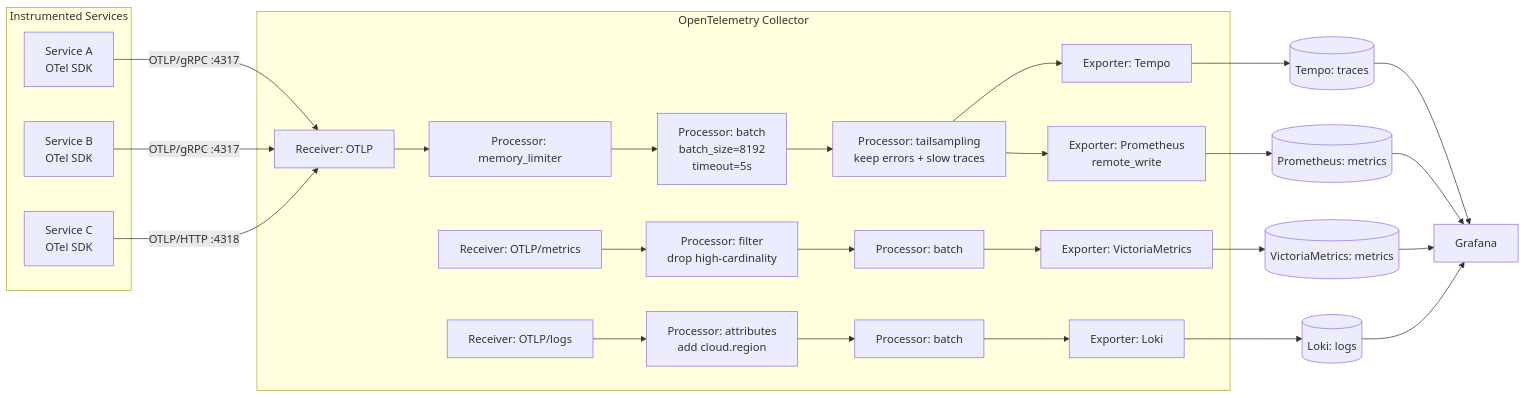
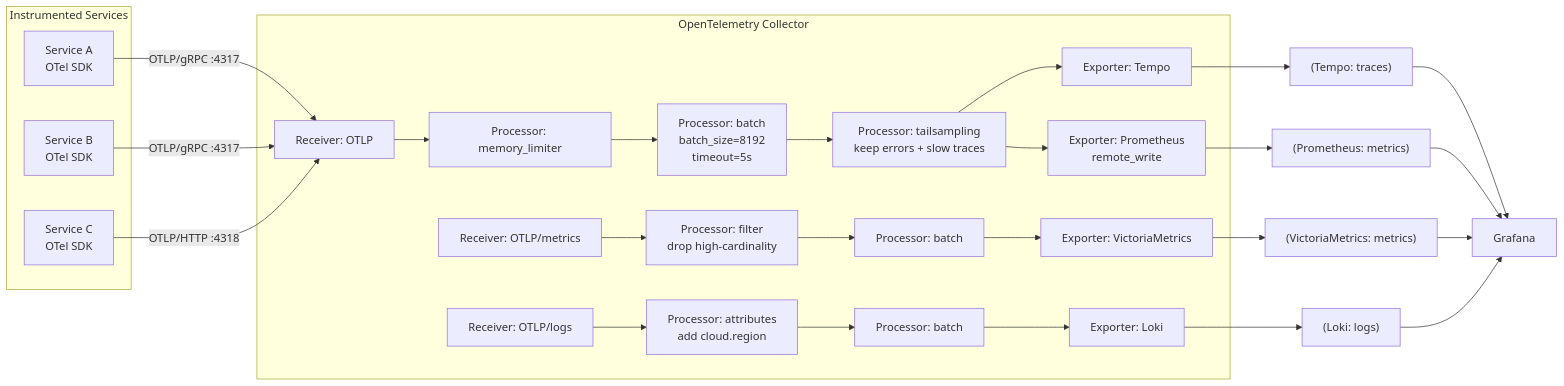
The third of 6 diagrams in topics/computing/infrastructure/observability/lesson_01_monitoring_systems.md (blebleblee/synapse), drawn with Mermaid before and after one commit. The commit also changed other lines of this file and 116 other files, not shown here.

````diff
--- a/topics/computing/infrastructure/observability/lesson_01_monitoring_systems.md
+++ b/topics/computing/infrastructure/observability/lesson_01_monitoring_systems.md
@@ -441,39 +441,39 @@
 ```mermaid
 flowchart LR
-    subgraph "Instrumented Services"
-        S1[Service A<br/>OTel SDK]
-        S2[Service B<br/>OTel SDK]
-        S3[Service C<br/>OTel SDK]
+    subgraph sub_instrumented_services ["Instrumented Services"]
+        S1["Service A<br/>OTel SDK"]
+        S2["Service B<br/>OTel SDK"]
+        S3["Service C<br/>OTel SDK"]
     end
 
     S1 -->|"OTLP/gRPC :4317"| CR
     S2 -->|"OTLP/gRPC :4317"| CR
     S3 -->|"OTLP/HTTP :4318"| CR
 
-    subgraph "OpenTelemetry Collector"
+    subgraph sub_opentelemetry_collector ["OpenTelemetry Collector"]
         CR[Receiver: OTLP] --> CP1[Processor: memory_limiter]
-        CP1 --> CP2[Processor: batch<br/>batch_size=8192<br/>timeout=5s]
-        CP2 --> CP3[Processor: tailsampling<br/>keep errors + slow traces]
+        CP1 --> CP2["Processor: batch<br/>batch_size=8192<br/>timeout=5s"]
+        CP2 --> CP3["Processor: tailsampling<br/>keep errors + slow traces"]
 
         CP3 --> CE1[Exporter: Tempo]
-        CP3 --> CE2[Exporter: Prometheus<br/>remote_write]
+        CP3 --> CE2["Exporter: Prometheus<br/>remote_write"]
 
-        CR2[Receiver: OTLP/metrics] --> CP4[Processor: filter<br/>drop high-cardinality]
+        CR2["Receiver: OTLP/metrics"] --> CP4["Processor: filter<br/>drop high-cardinality"]
         CP4 --> CP5[Processor: batch]
         CP5 --> CE3[Exporter: VictoriaMetrics]
 
-        CR3[Receiver: OTLP/logs] --> CP6[Processor: attributes<br/>add cloud.region]
+        CR3["Receiver: OTLP/logs"] --> CP6["Processor: attributes<br/>add cloud.region"]
         CP6 --> CP7[Processor: batch]
         CP7 --> CE4[Exporter: Loki]
     end
 
-    CE1 --> T[(Tempo: traces)]
-    CE2 --> P[(Prometheus: metrics)]
-    CE3 --> V[(VictoriaMetrics: metrics)]
-    CE4 --> L[(Loki: logs)]
+    CE1 --> T["(Tempo: traces)"]
+    CE2 --> P["(Prometheus: metrics)"]
+    CE3 --> V["(VictoriaMetrics: metrics)"]
+    CE4 --> L["(Loki: logs)"]
 
     T --> G[Grafana]
     P --> G
     V --> G
     L --> G
 ```
````
